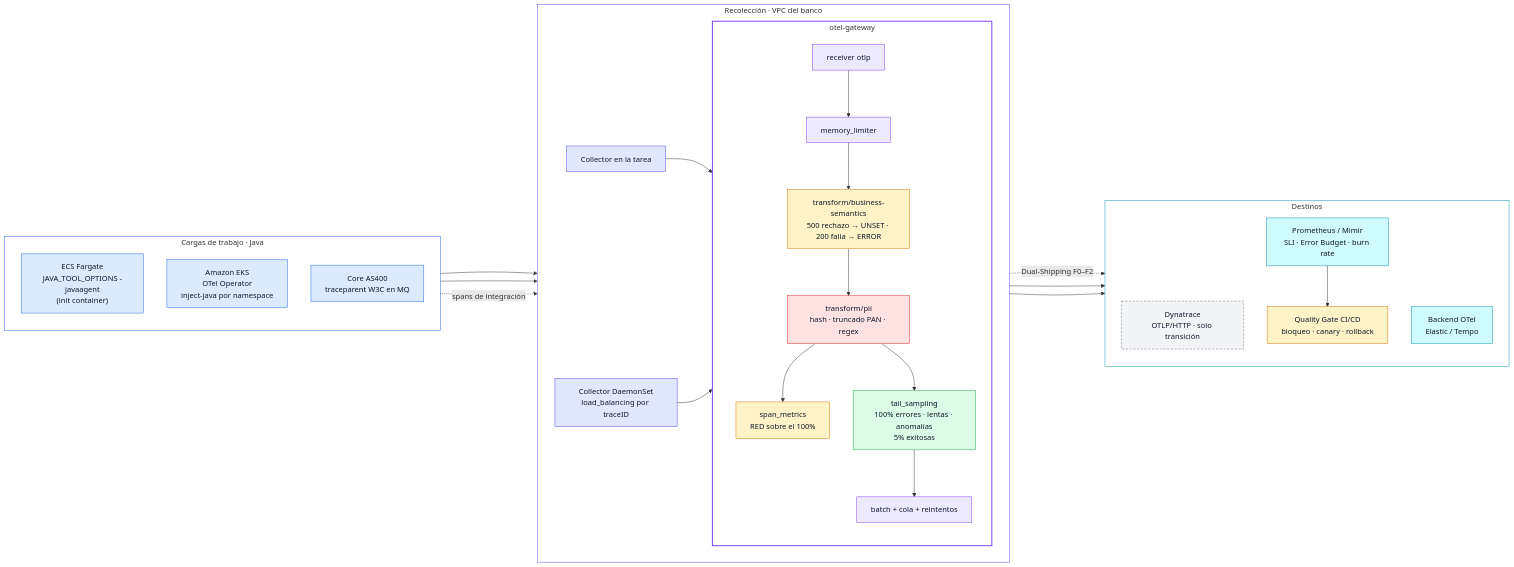
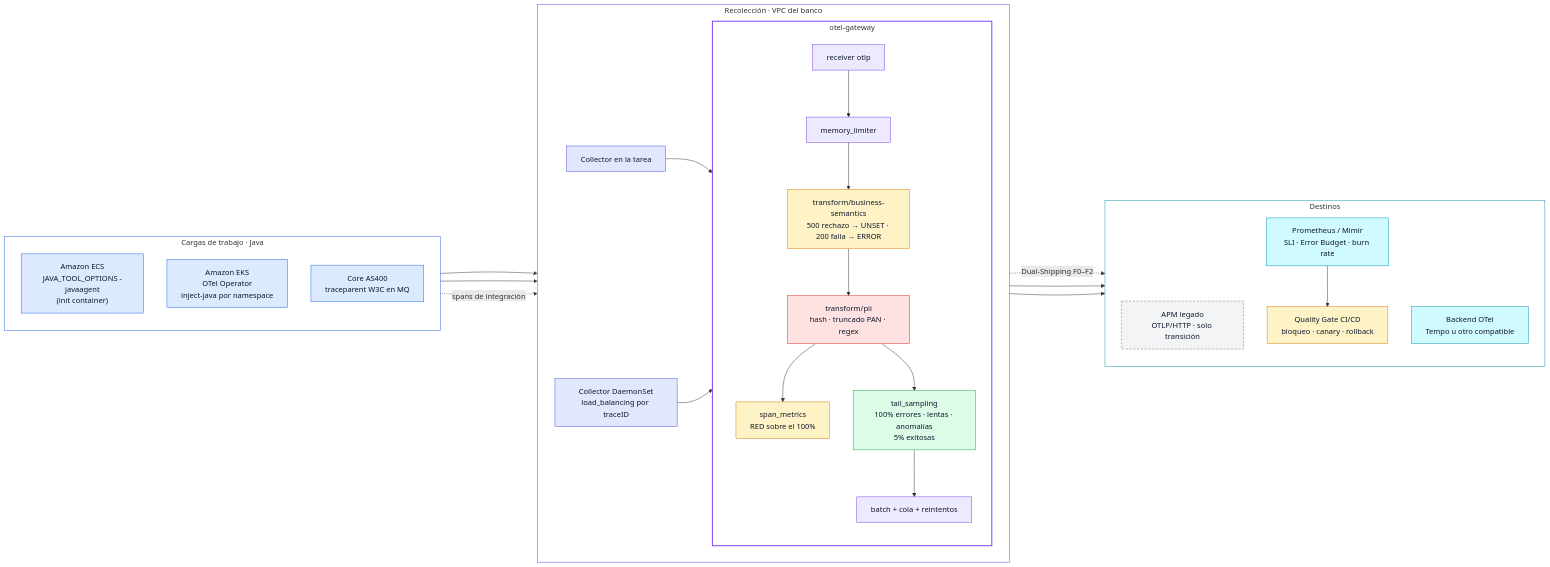
One commit to anfedimo/sre-finops-otel-collector changed the first of 2 diagrams in README.md. Above: the diagram before and after it, drawn with Mermaid. The commit also changed other lines of this file and 6 other files, not shown here.

````diff
--- a/README.md
+++ b/README.md
@@ -24,64 +24,64 @@
 ```mermaid
 flowchart LR
     subgraph WL["Cargas de trabajo · Java"]
         direction TB
-        ECS["ECS Fargate<br/>JAVA_TOOL_OPTIONS -javaagent<br/>(init container)"]
+        ECS["Amazon ECS<br/>JAVA_TOOL_OPTIONS -javaagent<br/>(init container)"]
         EKS["Amazon EKS<br/>OTel Operator<br/>inject-java por namespace"]
         AS400["Core AS400<br/>traceparent W3C en MQ"]
     end
 
     subgraph VPC["Recolección · VPC del banco"]
         direction LR
         TASK["Collector en la tarea"]
         NODE["Collector DaemonSet<br/>load_balancing por traceID"]
         subgraph GW["otel-gateway"]
             direction TB
             RX["receiver otlp"] --> ML["memory_limiter"]
             ML --> BIZ["transform/business-semantics<br/>500 rechazo → UNSET · 200 falla → ERROR"]
             BIZ --> PII["transform/pii<br/>hash · truncado PAN · regex"]
             PII --> SM["span_metrics<br/>RED sobre el 100%"]
             PII --> TS["tail_sampling<br/>100% errores · lentas · anomalías<br/>5% exitosas"]
             TS --> BATCH["batch + cola + reintentos"]
         end
     end
 
     subgraph DST["Destinos"]
         direction TB
-        DT["Dynatrace<br/>OTLP/HTTP · solo transición"]
-        OB["Backend OTel<br/>Elastic / Tempo"]
+        DT["APM legado<br/>OTLP/HTTP · solo transición"]
+        OB["Backend OTel<br/>Tempo u otro compatible"]
         PROM["Prometheus / Mimir<br/>SLI · Error Budget · burn rate"]
         QG["Quality Gate CI/CD<br/>bloqueo · canary · rollback"]
     end
 
     ECS --> TASK --> RX
     EKS --> NODE --> RX
     AS400 -. "spans de integración" .-> RX
     BATCH -. "Dual-Shipping F0–F2" .-> DT
     BATCH --> OB
     SM --> PROM
     PROM --> QG
 
     classDef workload fill:#dbeafe,stroke:#2563eb,color:#0f172a
     classDef collector fill:#e0e7ff,stroke:#4f46e5,color:#0f172a
     classDef processor fill:#ede9fe,stroke:#7c3aed,color:#0f172a
     classDef security fill:#fee2e2,stroke:#dc2626,color:#0f172a
     classDef finops fill:#dcfce7,stroke:#16a34a,color:#0f172a
     classDef legacy fill:#f3f4f6,stroke:#6b7280,color:#0f172a,stroke-dasharray:5 3
     classDef target fill:#cffafe,stroke:#0891b2,color:#0f172a
     classDef gate fill:#fef3c7,stroke:#d97706,color:#0f172a
 
     class ECS,EKS,AS400 workload
     class TASK,NODE collector
     class RX,ML,BATCH processor
     class BIZ,SM gate
     class PII security
     class TS finops
     class DT legacy
     class OB,PROM target
     class QG gate
 
     style WL fill:transparent,stroke:#2563eb,stroke-width:1px
     style VPC fill:transparent,stroke:#4f46e5,stroke-width:1px
     style GW fill:transparent,stroke:#7c3aed,stroke-width:2px
     style DST fill:transparent,stroke:#0891b2,stroke-width:1px
 ```
````
